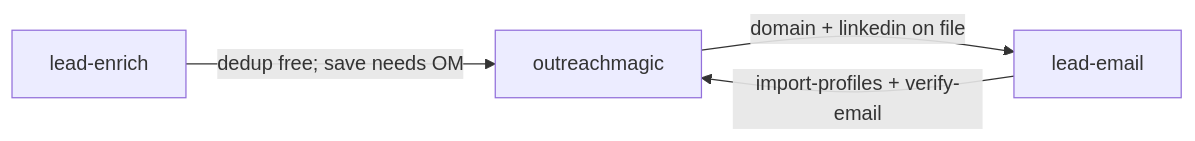
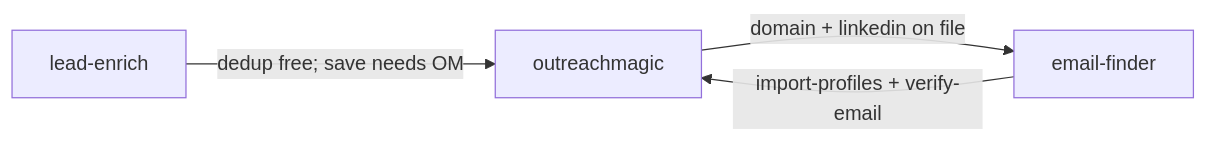
One commit to outreachmagic/outreachmagic changed the diagram in docs/skill-suite.md. Above: the diagram before and after it, drawn with Mermaid. The commit also changed other lines of this file and 39 other files, not shown here.

First line of the commit message:
Rename lead-email skill to email-finder.

````diff
--- a/docs/skill-suite.md
+++ b/docs/skill-suite.md
@@ -9,9 +9,9 @@
 ```mermaid
 flowchart LR
   LE[lead-enrich]
   OM[outreachmagic]
-  LEM[lead-email]
+  LEM[email-finder]
   LE -->|"dedup free; save needs OM"| OM
   OM -->|"domain + linkedin on file"| LEM
   LEM -->|"import-profiles + verify-email"| OM
 ```
````
